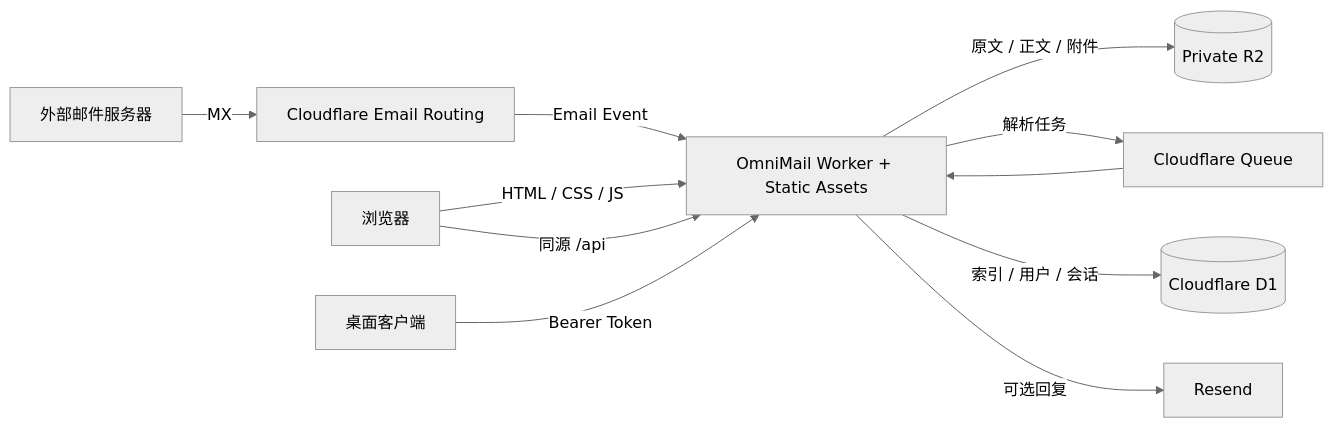
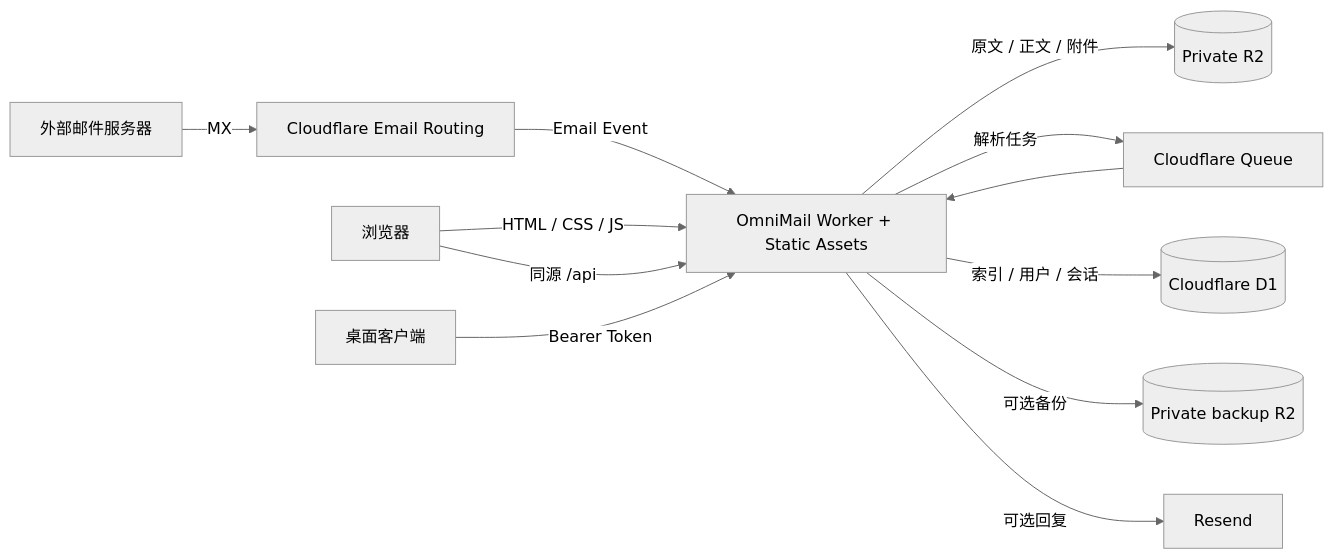
One commit to 7iook/OmniMail changed the diagram in README.md. Above: the diagram before and after it, drawn with Mermaid (neutral theme). The commit also changed other lines of this file and 37 other files, not shown here.

````diff
--- a/README.md
+++ b/README.md
@@ -98,14 +99,15 @@
 ```mermaid
 flowchart LR
     Sender[外部邮件服务器] -->|MX| Routing[Cloudflare Email Routing]
     Routing -->|Email Event| Worker[OmniMail Worker + Static Assets]
     Worker -->|原文 / 正文 / 附件| R2[(Private R2)]
     Worker -->|解析任务| Queue[Cloudflare Queue]
     Queue --> Worker
     Worker -->|索引 / 用户 / 会话| D1[(Cloudflare D1)]
+    Worker -->|可选备份| Backup[(Private backup R2)]
     Worker -->|可选回复| Resend[Resend]
 
     Browser[浏览器] -->|HTML / CSS / JS| Worker
     Browser -->|同源 /api| Worker
     Desktop[桌面客户端] -->|Bearer Token| Worker
 ```
````
